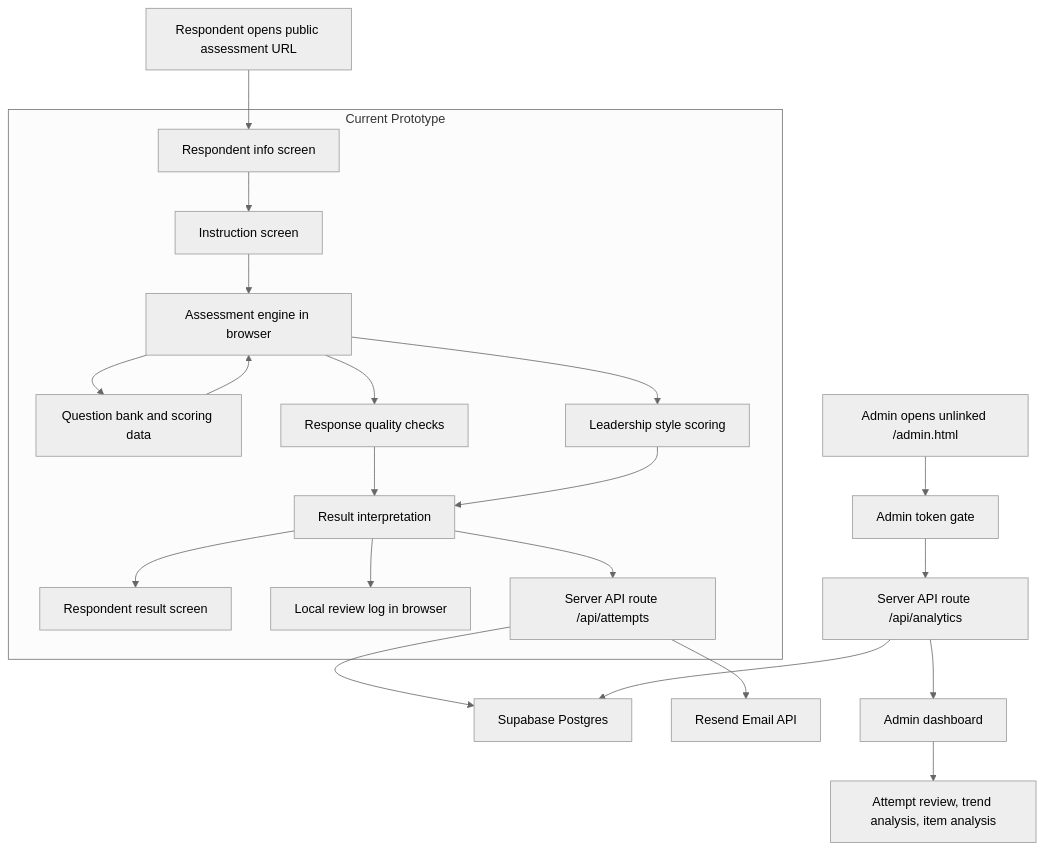
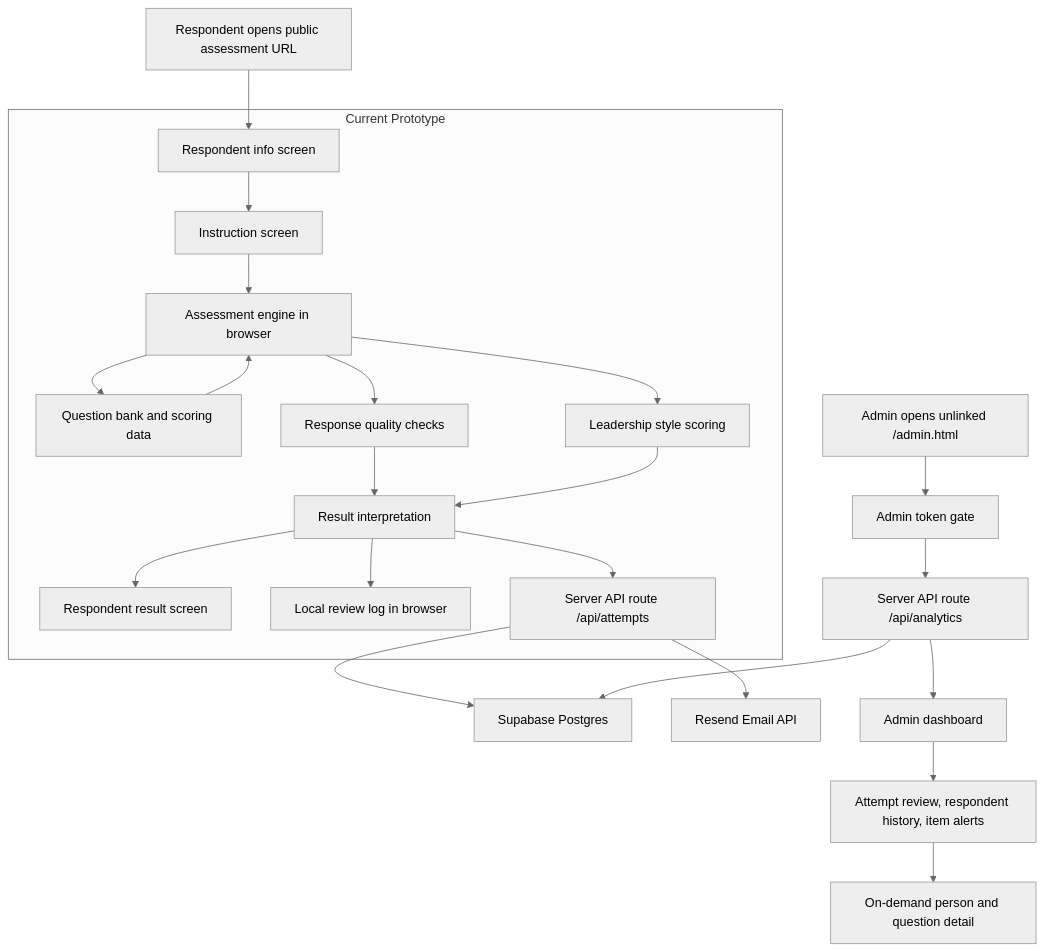
One commit to campojo/2.0_Leadership changed the first of 3 diagrams in ARCHITECTURE_OVERVIEW.md. Above: the diagram before and after it, drawn with Mermaid (neutral theme). The commit also changed other lines of this file and 9 other files, not shown here.

Commit message:
Add respondent and question analytics drilldowns

````diff
--- a/ARCHITECTURE_OVERVIEW.md
+++ b/ARCHITECTURE_OVERVIEW.md
@@ -45,36 +45,37 @@
 ```mermaid
 flowchart TD
   A["Respondent opens public assessment URL"] --> N["Respondent info screen"]
   N --> B["Instruction screen"]
   B --> C["Assessment engine in browser"]
   C --> D["Question bank and scoring data"]
   D --> C
   C --> E["Response quality checks"]
   C --> F["Leadership style scoring"]
   E --> G["Result interpretation"]
   F --> G
   G --> H["Respondent result screen"]
   G --> I["Local review log in browser"]
   G --> J["Server API route /api/attempts"]
   J --> K["Supabase Postgres"]
   J --> O["Resend Email API"]
   P["Admin opens unlinked /admin.html"] --> Q["Admin token gate"]
   Q --> R["Server API route /api/analytics"]
   R --> K
 
   subgraph CurrentPrototype["Current Prototype"]
     B
     N
     C
     D
     E
     F
     G
     H
     I
     J
   end
 
   R --> L["Admin dashboard"]
-  L --> M["Attempt review, trend analysis, item analysis"]
+  L --> M["Attempt review, respondent history, item alerts"]
+  M --> S["On-demand person and question detail"]
 ```
````
